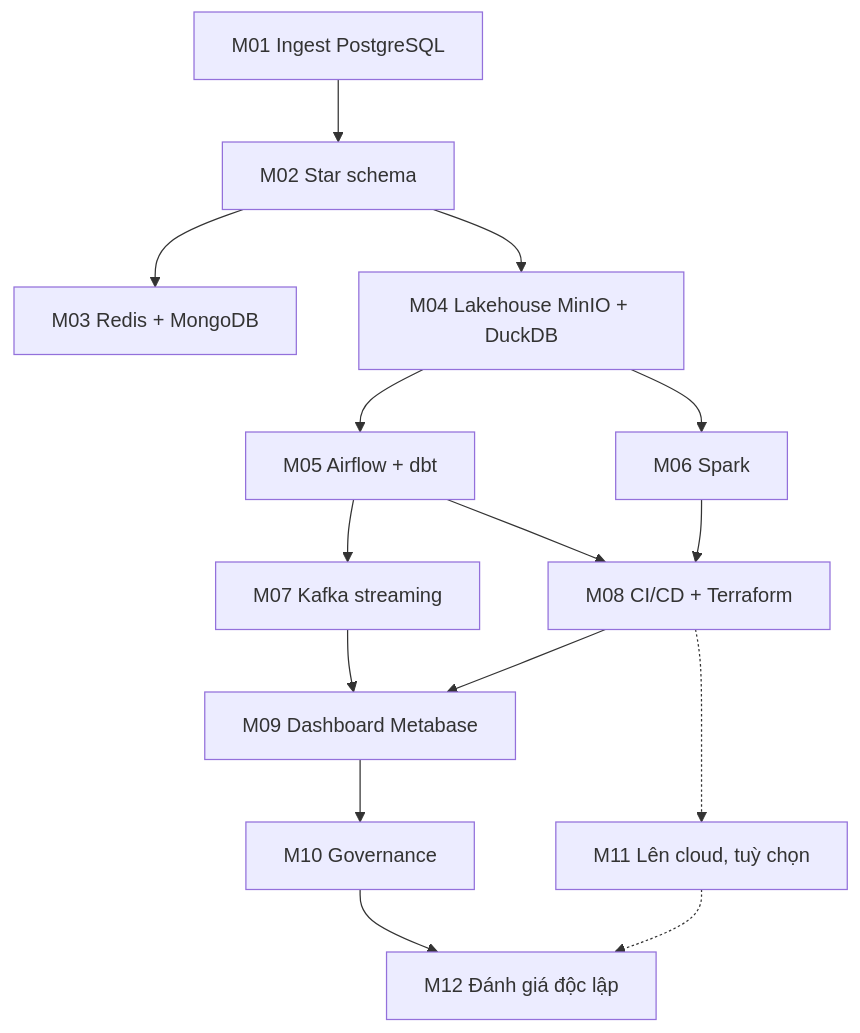
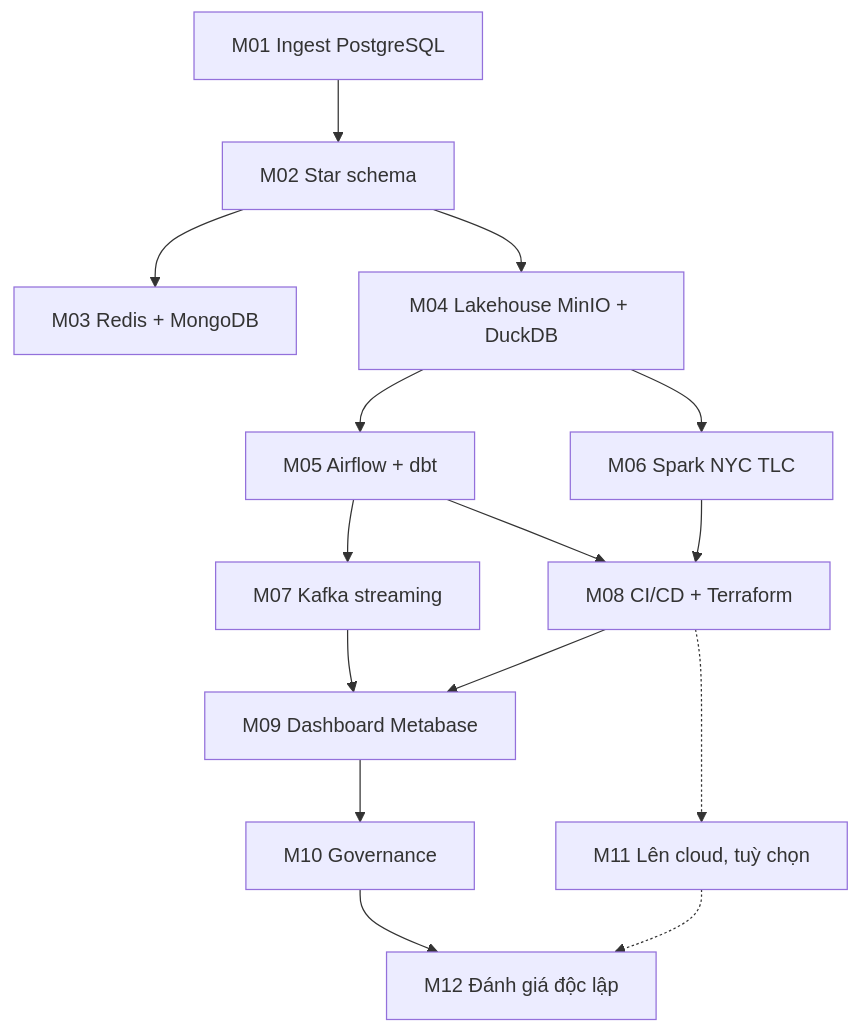
Before and after one commit to Buicongbang04/Learning_Platform: the second of 2 diagrams in tracks/data-engineer/capstone/README.md, drawn with Mermaid. The commit also changed other lines of this file and 10 other files, not shown here.

Commit message:
Capstone: Olist thật làm mặc định, nền tảng hai nguồn Olist + NYC TLC (M06 Spark trên NYC TLC, nối bài 06/intermediate/04), Bước 0 notebook khám phá, mục Bài nộp cuối; cập nhật lệnh và tiêu chí M01–M11 (M09/M10 khớp bài nộp cuối, M11 dùng Olist thật)

````diff
--- a/tracks/data-engineer/capstone/README.md
+++ b/tracks/data-engineer/capstone/README.md
@@ -78,17 +104,17 @@
 ```mermaid
 flowchart TD
     M1[M01 Ingest PostgreSQL] --> M2[M02 Star schema]
     M2 --> M3[M03 Redis + MongoDB]
     M2 --> M4[M04 Lakehouse MinIO + DuckDB]
     M4 --> M5[M05 Airflow + dbt]
-    M4 --> M6[M06 Spark]
+    M4 --> M6[M06 Spark NYC TLC]
     M5 --> M7[M07 Kafka streaming]
     M5 --> M8[M08 CI/CD + Terraform]
     M6 --> M8
     M7 --> M9[M09 Dashboard Metabase]
     M8 --> M9
     M9 --> M10[M10 Governance]
     M8 -.-> M11[M11 Lên cloud, tuỳ chọn]
     M10 --> M12[M12 Đánh giá độc lập]
     M11 -.-> M12
 ```
````
